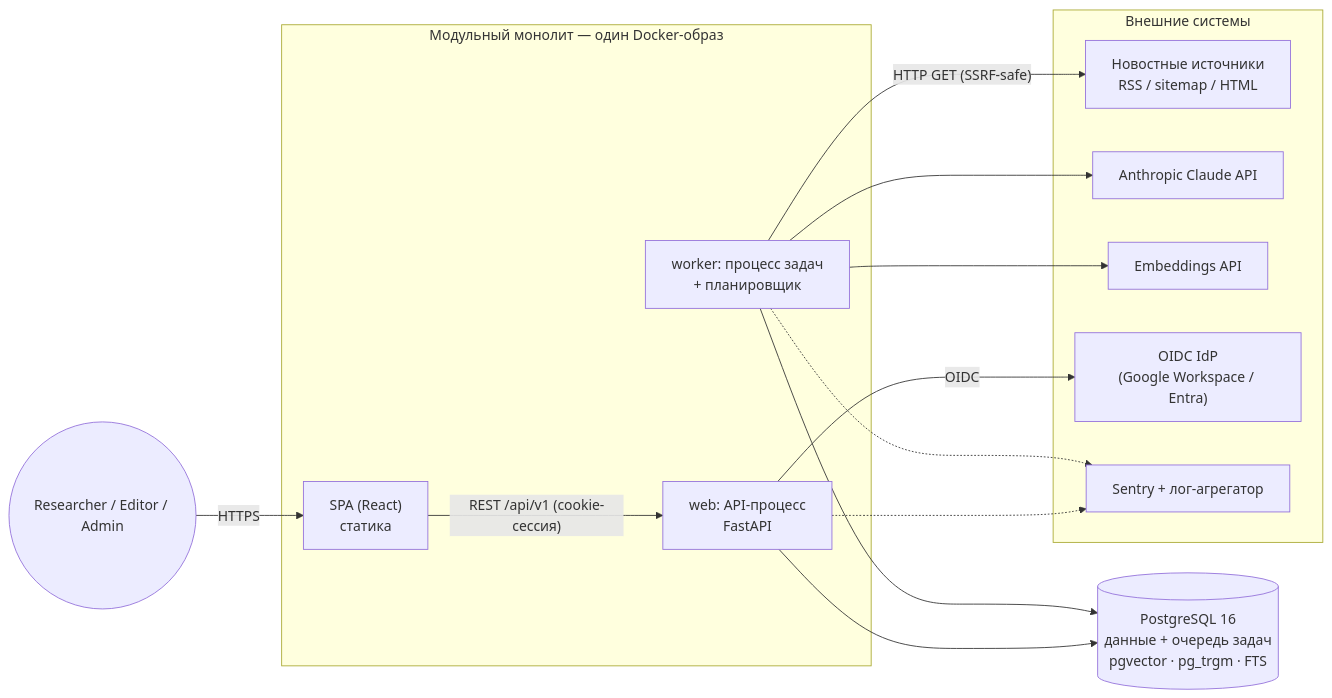
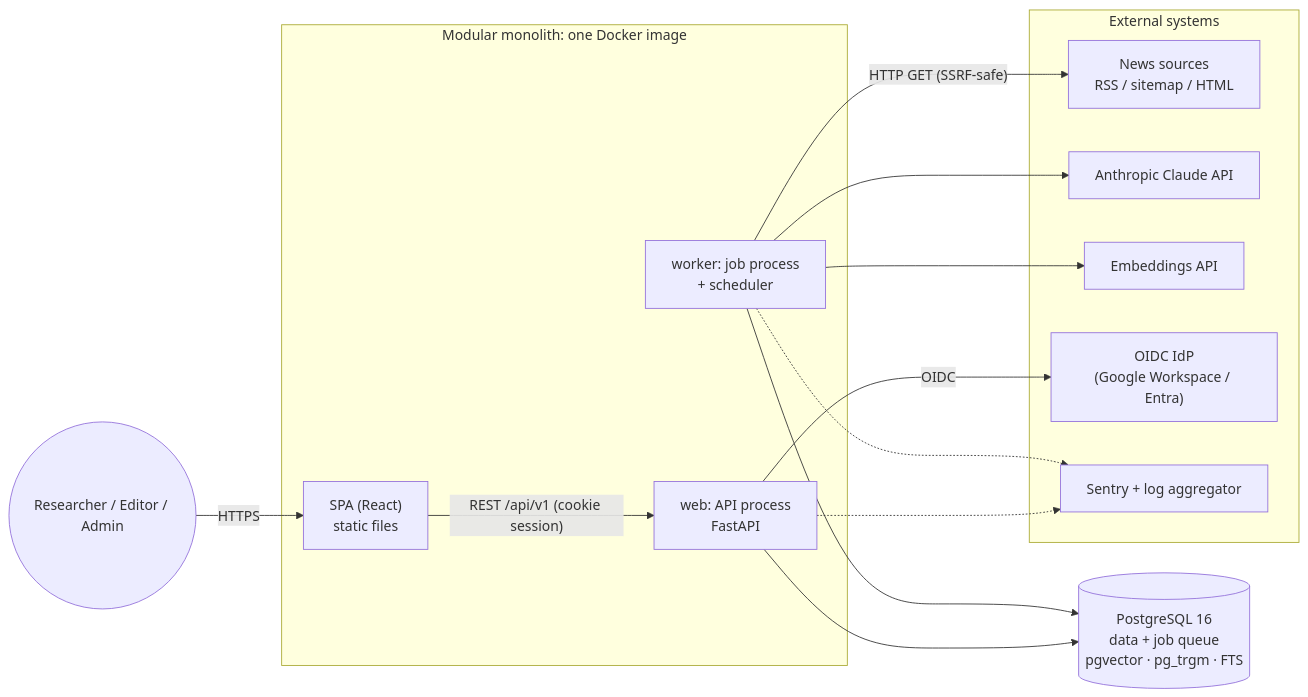
The first of 13 diagrams in docs/ARCHITECTURE.md (notLeri/sportintel), drawn with Mermaid before and after one commit. The commit also changed other lines of this file and 13 other files, not shown here.

Commit message:
docs: translate architecture doc and API descriptions to English

````diff
--- a/docs/ARCHITECTURE.md
+++ b/docs/ARCHITECTURE.md
@@ -73,31 +73,31 @@
 ```mermaid
 flowchart LR
   User((Researcher / Editor / Admin))
 
-  subgraph App["Модульный монолит — один Docker-образ"]
-    SPA["SPA (React)<br/>статика"]
-    API["web: API-процесс<br/>FastAPI"]
-    WRK["worker: процесс задач<br/>+ планировщик"]
+  subgraph App["Modular monolith: one Docker image"]
+    SPA["SPA (React)<br/>static files"]
+    API["web: API process<br/>FastAPI"]
+    WRK["worker: job process<br/>+ scheduler"]
   end
 
-  PG[("PostgreSQL 16<br/>данные + очередь задач<br/>pgvector · pg_trgm · FTS")]
+  PG[("PostgreSQL 16<br/>data + job queue<br/>pgvector · pg_trgm · FTS")]
 
-  subgraph Ext["Внешние системы"]
-    SRC["Новостные источники<br/>RSS / sitemap / HTML"]
+  subgraph Ext["External systems"]
+    SRC["News sources<br/>RSS / sitemap / HTML"]
     LLM["Anthropic Claude API"]
     EMB["Embeddings API"]
     IDP["OIDC IdP<br/>(Google Workspace / Entra)"]
-    OBS["Sentry + лог-агрегатор"]
+    OBS["Sentry + log aggregator"]
   end
 
   User -->|HTTPS| SPA
-  SPA -->|"REST /api/v1 (cookie-сессия)"| API
+  SPA -->|"REST /api/v1 (cookie session)"| API
   API --> PG
   WRK --> PG
   WRK -->|"HTTP GET (SSRF-safe)"| SRC
   WRK --> LLM
   WRK --> EMB
   API -->|OIDC| IDP
   API -.-> OBS
   WRK -.-> OBS
 ```
````
